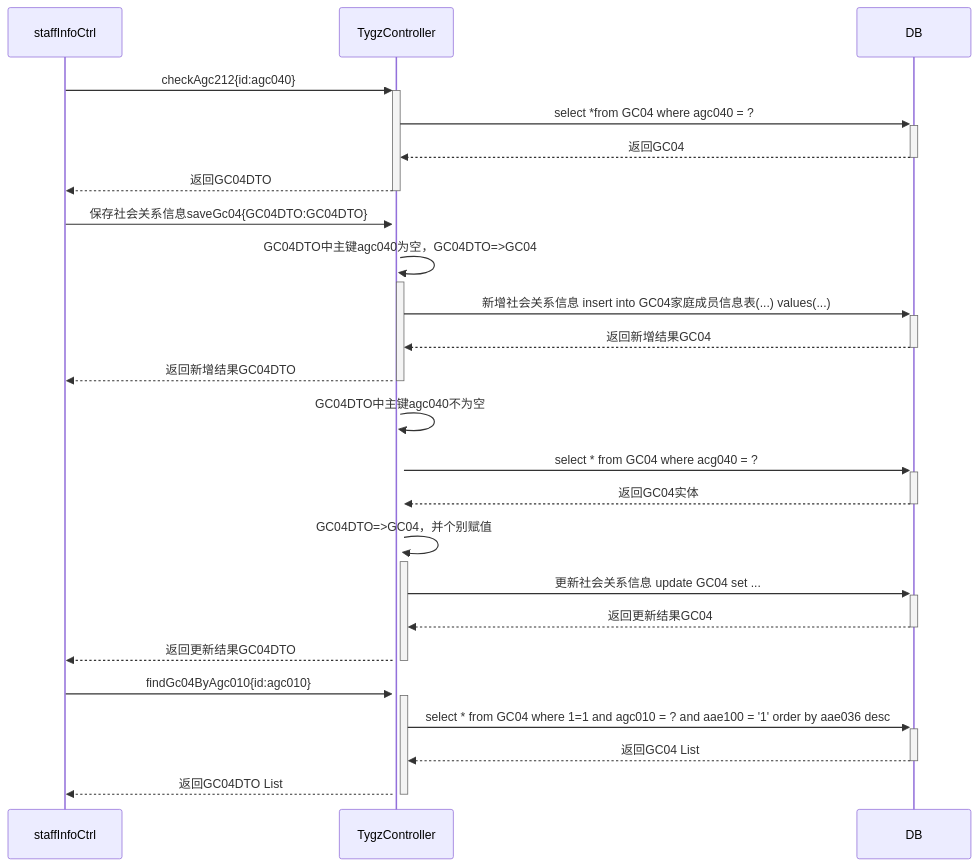
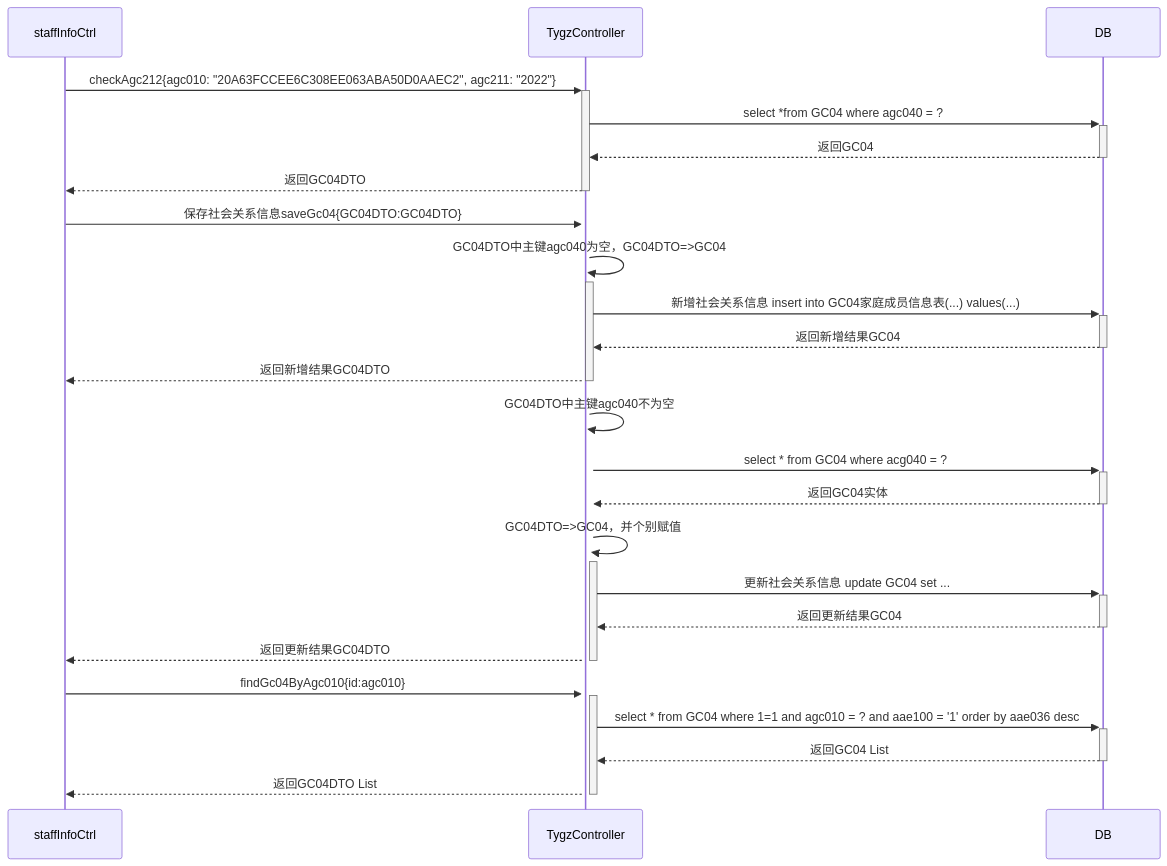
The diagram in all/人员考核信息新增按钮的调用业务流程.md (ZhangJianBeiJing/iodraw-files), drawn with Mermaid before and after one commit.

Commit message:
2025-03-25 17:51:10 update

````diff
--- a/all/人员考核信息新增按钮的调用业务流程.md
+++ b/all/人员考核信息新增按钮的调用业务流程.md
@@ -1,24 +1,24 @@
 ```mermaid
 sequenceDiagram
-    staffInfoCtrl->>+TygzController:checkAgc212{id:agc040}
+    staffInfoCtrl->>+TygzController:checkAgc212{agc010: "20A63FCCEE6C308EE063ABA50D0AAEC2", agc211: "2022"}
     TygzController->>+DB:select *from GC04 where agc040 = ?
     DB-->>-TygzController:返回GC04
     TygzController-->>-staffInfoCtrl:返回GC04DTO
     staffInfoCtrl->>+TygzController:保存社会关系信息saveGc04{GC04DTO:GC04DTO}
     TygzController->>+TygzController:GC04DTO中主键agc040为空，GC04DTO=>GC04
     TygzController->>+DB:新增社会关系信息 insert into GC04家庭成员信息表(...) values(...)
     DB-->>-TygzController:返回新增结果GC04
     TygzController-->>-staffInfoCtrl:返回新增结果GC04DTO
     TygzController->>+TygzController:GC04DTO中主键agc040不为空
     TygzController->>+DB:select * from GC04 where acg040 = ?
     DB-->>-TygzController:返回GC04实体
     TygzController->>+TygzController:GC04DTO=>GC04，并个别赋值
     TygzController->>+DB:更新社会关系信息 update GC04 set ...
     DB-->>-TygzController:返回更新结果GC04
     TygzController-->>-staffInfoCtrl:返回更新结果GC04DTO
 
     staffInfoCtrl->>+TygzController:findGc04ByAgc010{id:agc010}
     TygzController->>+DB:select * from GC04 where 1=1 and agc010 = ? and aae100 = '1' order by aae036 desc
     DB-->>-TygzController:返回GC04 List
     TygzController-->>-staffInfoCtrl:返回GC04DTO List
 ```
````
